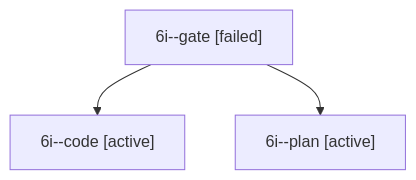
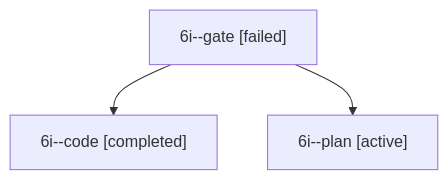
Before and after one commit to bobs-org/bob-cli--agents: the diagram in sessions/bbugyi200.apollo.6i.md, drawn with Mermaid. The commit also changed other lines of this file and 27 other files, not shown here.

````diff
--- a/sessions/bbugyi200.apollo.6i.md
+++ b/sessions/bbugyi200.apollo.6i.md
@@ -9,8 +9,8 @@
 ```mermaid
 flowchart TD
   n0["6i--gate [failed]"]
-  n1["6i--code [active]"]
+  n1["6i--code [completed]"]
   n0 --> n1
   n2["6i--plan [active]"]
   n0 --> n2
 ```
````
